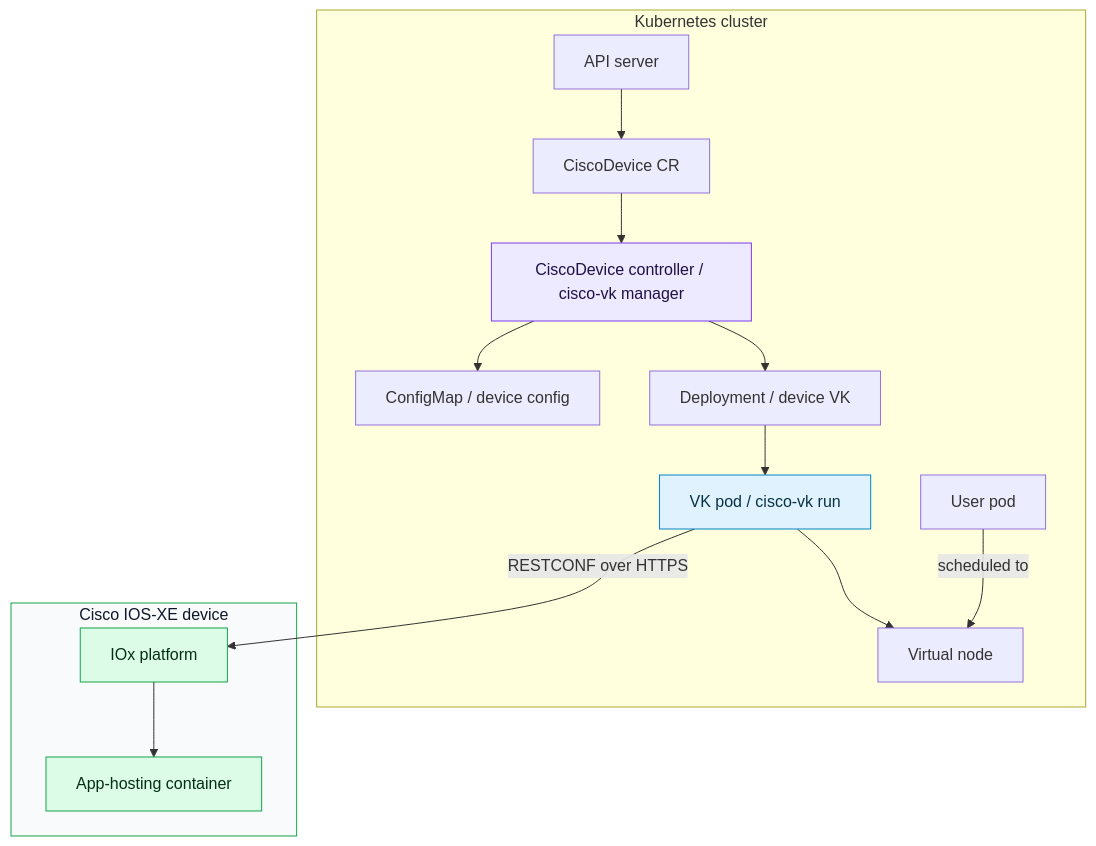
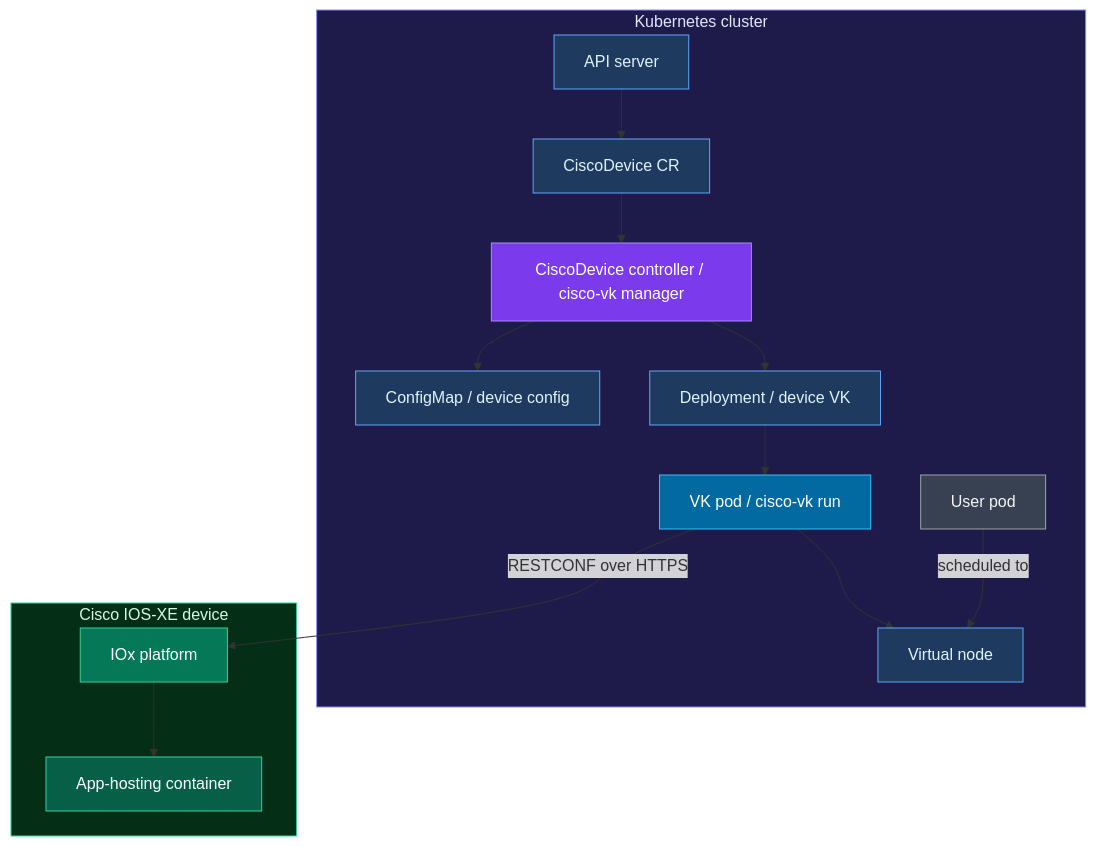
The first of 4 diagrams in docs/ARCHITECTURE.md (cisco-open/cisco-virtual-kubelet), drawn with Mermaid before and after one commit. The commit also changed 4 other files, not shown here.

````diff
--- a/docs/ARCHITECTURE.md
+++ b/docs/ARCHITECTURE.md
@@ -20,34 +20,41 @@
 ```mermaid
 flowchart TB
     subgraph Cluster["Kubernetes cluster"]
         API["API server"]
         CRD["CiscoDevice CR"]
         Controller["CiscoDevice controller / cisco-vk manager"]
         CM["ConfigMap / device config"]
         Dep["Deployment / device VK"]
         VK["VK pod / cisco-vk run"]
         Node["Virtual node"]
         Pod["User pod"]
     end
 
     subgraph IOSXE["Cisco IOS-XE device"]
         IOx["IOx platform"]
         Container["App-hosting container"]
     end
 
     API --> CRD
     CRD --> Controller
     Controller --> CM
     Controller --> Dep
     Dep --> VK
     VK --> Node
     Pod -->|"scheduled to"| Node
     VK -->|"RESTCONF over HTTPS"| IOx
     IOx --> Container
 
-    style Controller fill:#ede9fe,stroke:#7c3aed,color:#1f1147
-    style VK fill:#e0f2fe,stroke:#0284c7,color:#083344
-    style IOx fill:#dcfce7,stroke:#16a34a,color:#052e16
-    style Container fill:#dcfce7,stroke:#16a34a,color:#052e16
-    style IOSXE fill:#f8fafc,stroke:#16a34a,color:#0f172a
+    style Controller fill:#7c3aed,stroke:#a78bfa,color:#ffffff
+    style VK fill:#0369a1,stroke:#38bdf8,color:#ffffff
+    style IOx fill:#047857,stroke:#34d399,color:#ffffff
+    style Container fill:#065f46,stroke:#34d399,color:#ffffff
+    style API fill:#1e3a5f,stroke:#60a5fa,color:#e0f2fe
+    style CRD fill:#1e3a5f,stroke:#60a5fa,color:#e0f2fe
+    style CM fill:#1e3a5f,stroke:#60a5fa,color:#e0f2fe
+    style Dep fill:#1e3a5f,stroke:#60a5fa,color:#e0f2fe
+    style Node fill:#1e3a5f,stroke:#60a5fa,color:#e0f2fe
+    style Pod fill:#374151,stroke:#9ca3af,color:#f3f4f6
+    style Cluster fill:#1e1b4b,stroke:#818cf8,color:#e0e7ff
+    style IOSXE fill:#052e16,stroke:#34d399,color:#d1fae5
 ```
````
